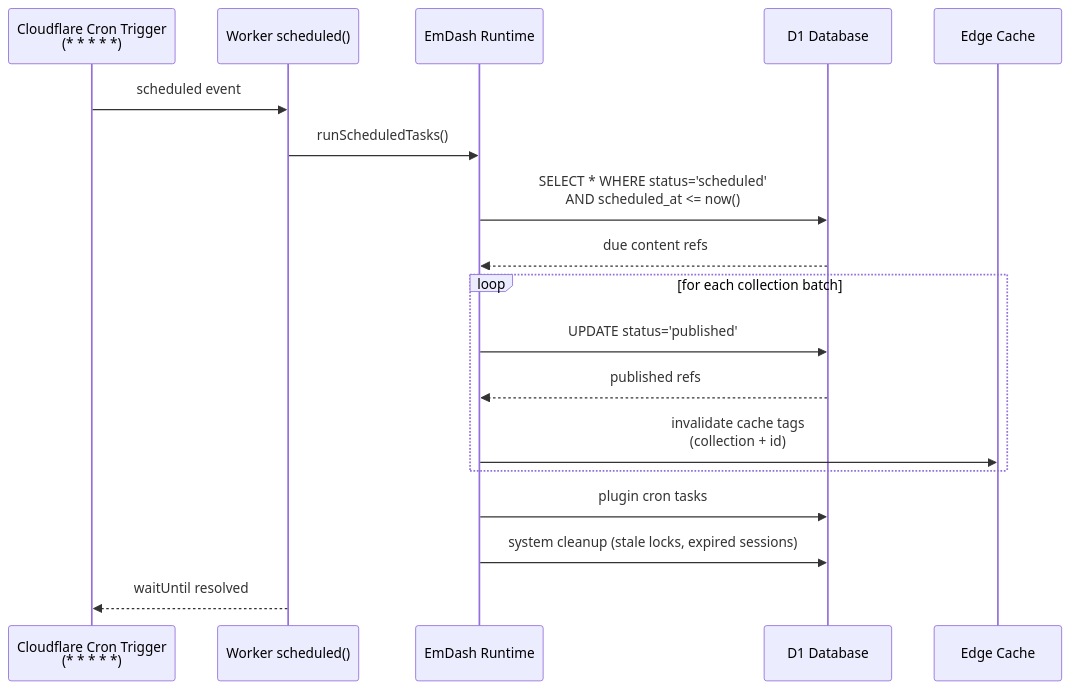
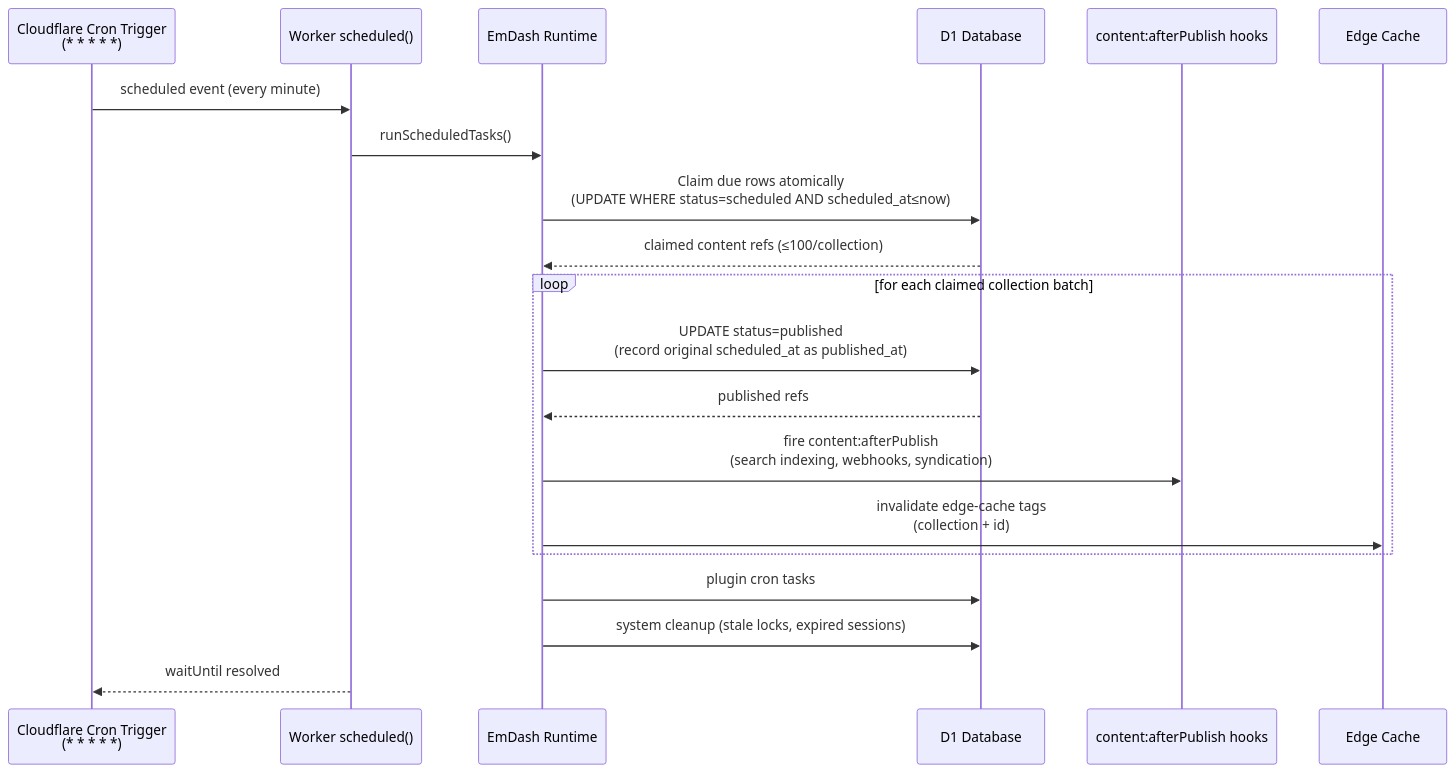
One commit to ahliweb/awcms-micro changed the first of 5 diagrams in awcmsmicro-dev/docs/awcms-micro/scheduled-publishing.md. Above: the diagram before and after it, drawn with Mermaid. The commit also changed other lines of this file and 273 other files, not shown here.

````diff
--- a/awcmsmicro-dev/docs/awcms-micro/scheduled-publishing.md
+++ b/awcmsmicro-dev/docs/awcms-micro/scheduled-publishing.md
@@ -9,21 +11,23 @@
 ```mermaid
 sequenceDiagram
     participant CF as Cloudflare Cron Trigger<br/>(* * * * *)
     participant W as Worker scheduled()
     participant RT as EmDash Runtime
     participant D1 as D1 Database
+    participant Hooks as content:afterPublish hooks
     participant Cache as Edge Cache
 
-    CF->>W: scheduled event
+    CF->>W: scheduled event (every minute)
     W->>RT: runScheduledTasks()
-    RT->>D1: SELECT * WHERE status='scheduled'<br/>AND scheduled_at <= now()
-    D1-->>RT: due content refs
-    loop for each collection batch
-        RT->>D1: UPDATE status='published'
+    RT->>D1: Claim due rows atomically<br/>(UPDATE WHERE status=scheduled AND scheduled_at≤now)
+    D1-->>RT: claimed content refs (≤100/collection)
+    loop for each claimed collection batch
+        RT->>D1: UPDATE status=published<br/>(record original scheduled_at as published_at)
         D1-->>RT: published refs
-        RT->>Cache: invalidate cache tags<br/>(collection + id)
+        RT->>Hooks: fire content:afterPublish<br/>(search indexing, webhooks, syndication)
+        RT->>Cache: invalidate edge-cache tags<br/>(collection + id)
     end
     RT->>D1: plugin cron tasks
     RT->>D1: system cleanup (stale locks, expired sessions)
     W-->>CF: waitUntil resolved
 ```
````
